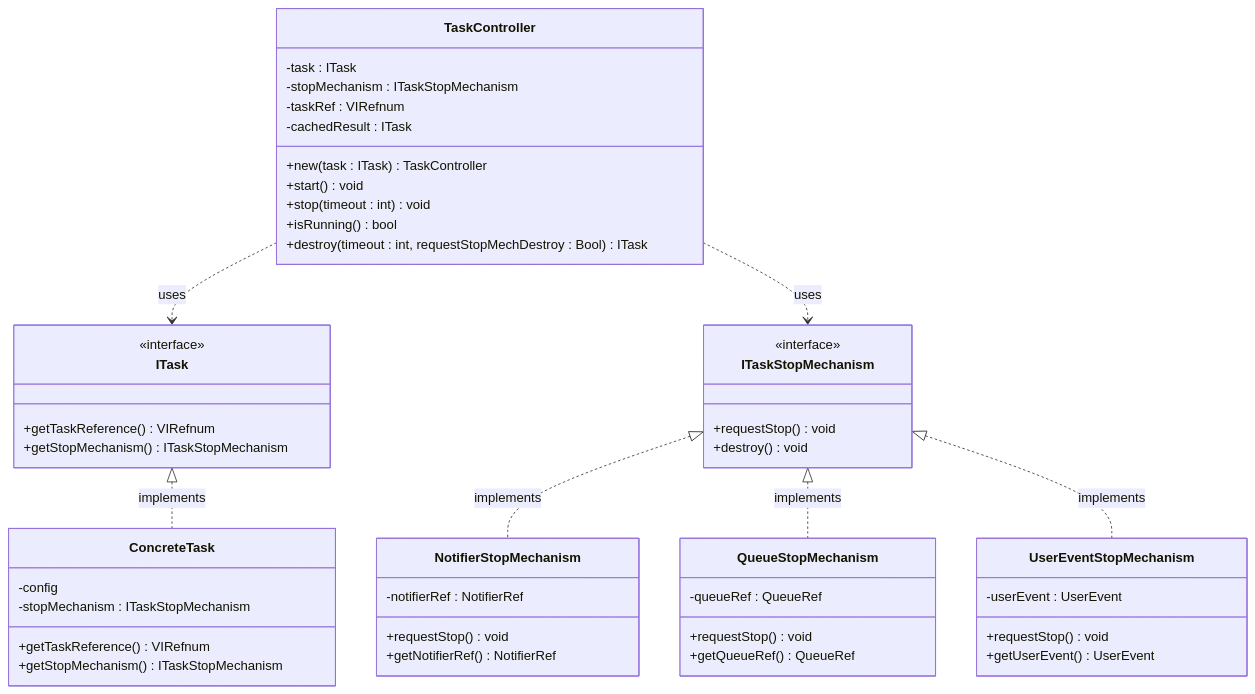
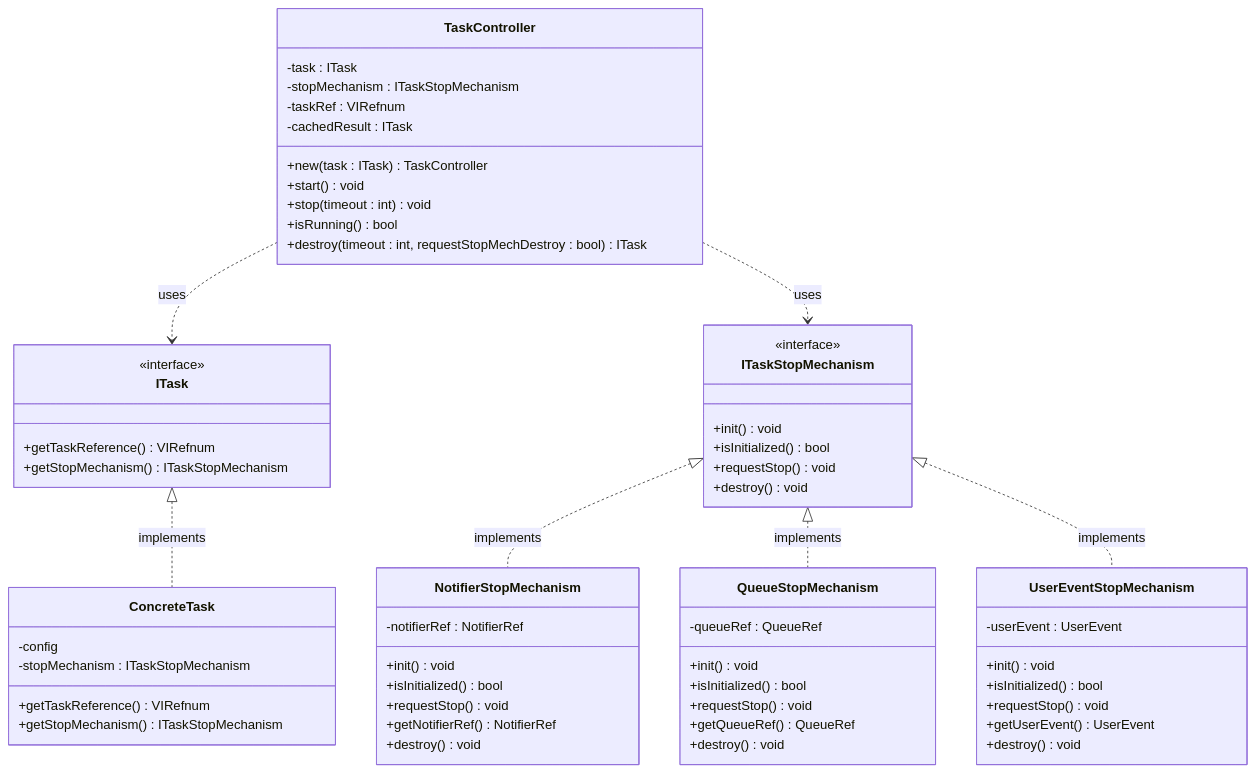
Before and after one commit to andcadev/TLC_Daemon: the diagram in README.md, drawn with Mermaid. The commit also changed other lines of this file, not shown here.

````diff
--- a/README.md
+++ b/README.md
@@ -40,51 +40,62 @@
 ```mermaid
 classDiagram
     class ITask {
         <<interface>>
         +getTaskReference() VIRefnum
         +getStopMechanism() ITaskStopMechanism
     }
     class ITaskStopMechanism {
         <<interface>>
+        +init() void
+        +isInitialized() bool
         +requestStop() void
         +destroy() void
     }
     class TaskController {
         -task : ITask
         -stopMechanism : ITaskStopMechanism
         -taskRef : VIRefnum
         -cachedResult : ITask
         +new(task : ITask) TaskController
         +start() void
         +stop(timeout : int) void
         +isRunning() bool
-        +destroy(timeout : int, requestStopMechDestroy : Bool) ITask
+        +destroy(timeout : int, requestStopMechDestroy : bool) ITask
     }
     class ConcreteTask {
         -config
         -stopMechanism : ITaskStopMechanism
         +getTaskReference() VIRefnum
         +getStopMechanism() ITaskStopMechanism
     }
     class NotifierStopMechanism {
         -notifierRef : NotifierRef
+        +init() void
+        +isInitialized() bool
         +requestStop() void
         +getNotifierRef() NotifierRef
+        +destroy() void
     }
     class QueueStopMechanism {
         -queueRef : QueueRef
+        +init() void
+        +isInitialized() bool
         +requestStop() void
         +getQueueRef() QueueRef
+        +destroy() void
     }
     class UserEventStopMechanism {
         -userEvent : UserEvent
+        +init() void
+        +isInitialized() bool
         +requestStop() void
         +getUserEvent() UserEvent
+        +destroy() void
     }
     ITask <|.. ConcreteTask : implements
     ITaskStopMechanism <|.. NotifierStopMechanism : implements
     ITaskStopMechanism <|.. QueueStopMechanism : implements
     ITaskStopMechanism <|.. UserEventStopMechanism : implements
     TaskController ..> ITask : uses
     TaskController ..> ITaskStopMechanism : uses
 ```
````
